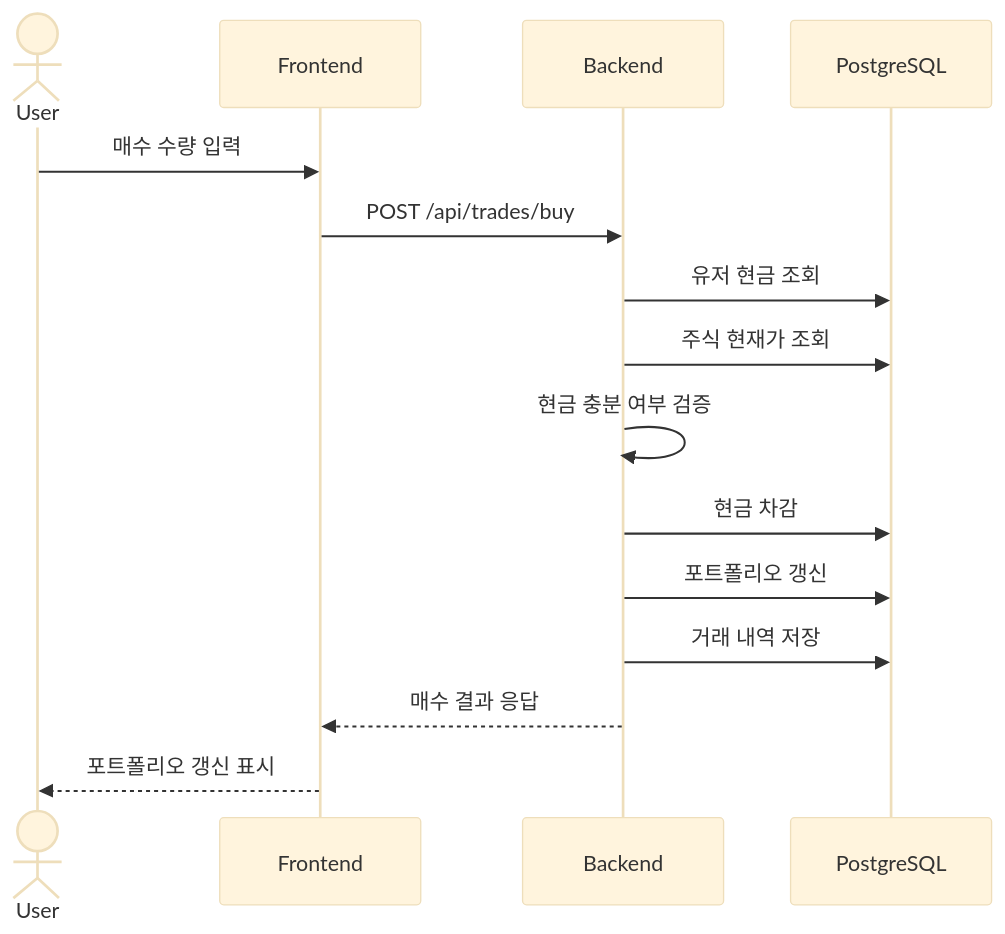
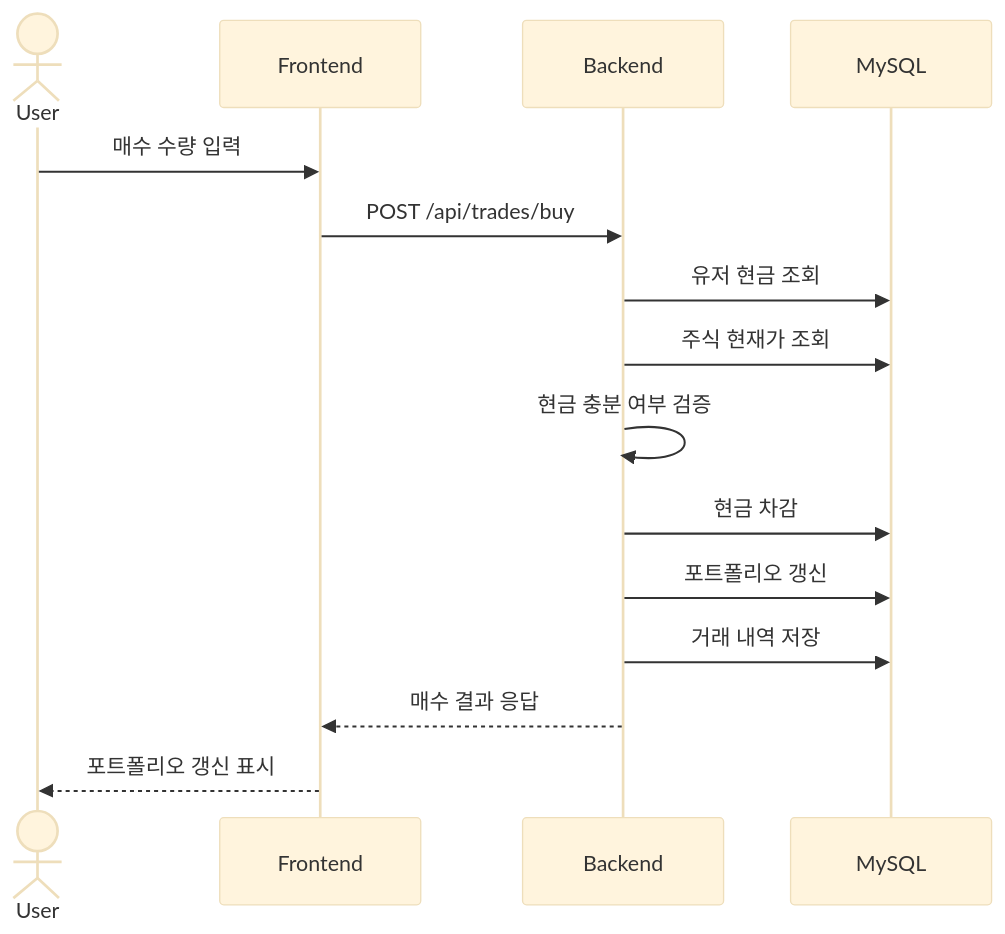
Before and after one commit to Team3-SideProject/Project1: the first of 2 diagrams in docs/architecture/sequence-diagram.md, drawn with Mermaid (base theme). The commit also changed other lines of this file and 9 other files, not shown here.

````diff
--- a/docs/architecture/sequence-diagram.md
+++ b/docs/architecture/sequence-diagram.md
@@ -5,18 +5,18 @@
 ```mermaid
 sequenceDiagram
   actor User
   participant FE as Frontend
   participant BE as Backend
-  participant DB as PostgreSQL
+  participant DB as MySQL
 
   User->>FE: 매수 수량 입력
   FE->>BE: POST /api/trades/buy
   BE->>DB: 유저 현금 조회
   BE->>DB: 주식 현재가 조회
   BE->>BE: 현금 충분 여부 검증
   BE->>DB: 현금 차감
   BE->>DB: 포트폴리오 갱신
   BE->>DB: 거래 내역 저장
   BE-->>FE: 매수 결과 응답
   FE-->>User: 포트폴리오 갱신 표시
 ```
````
